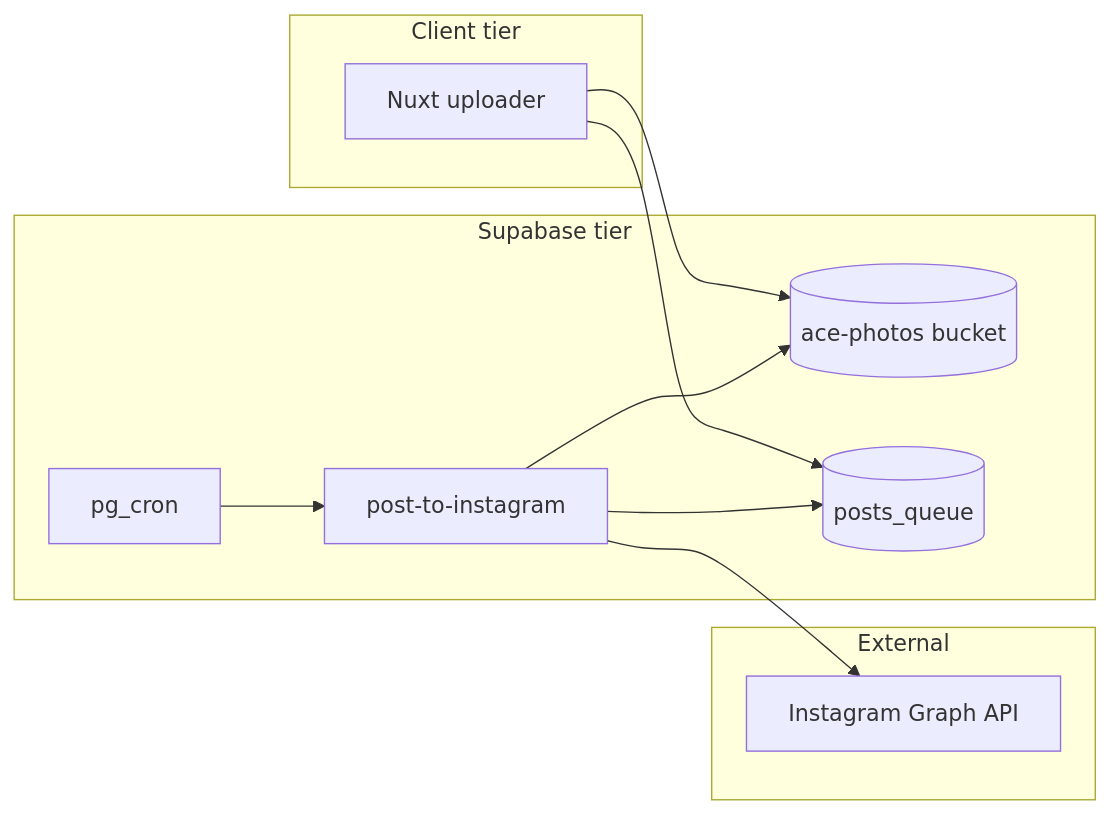
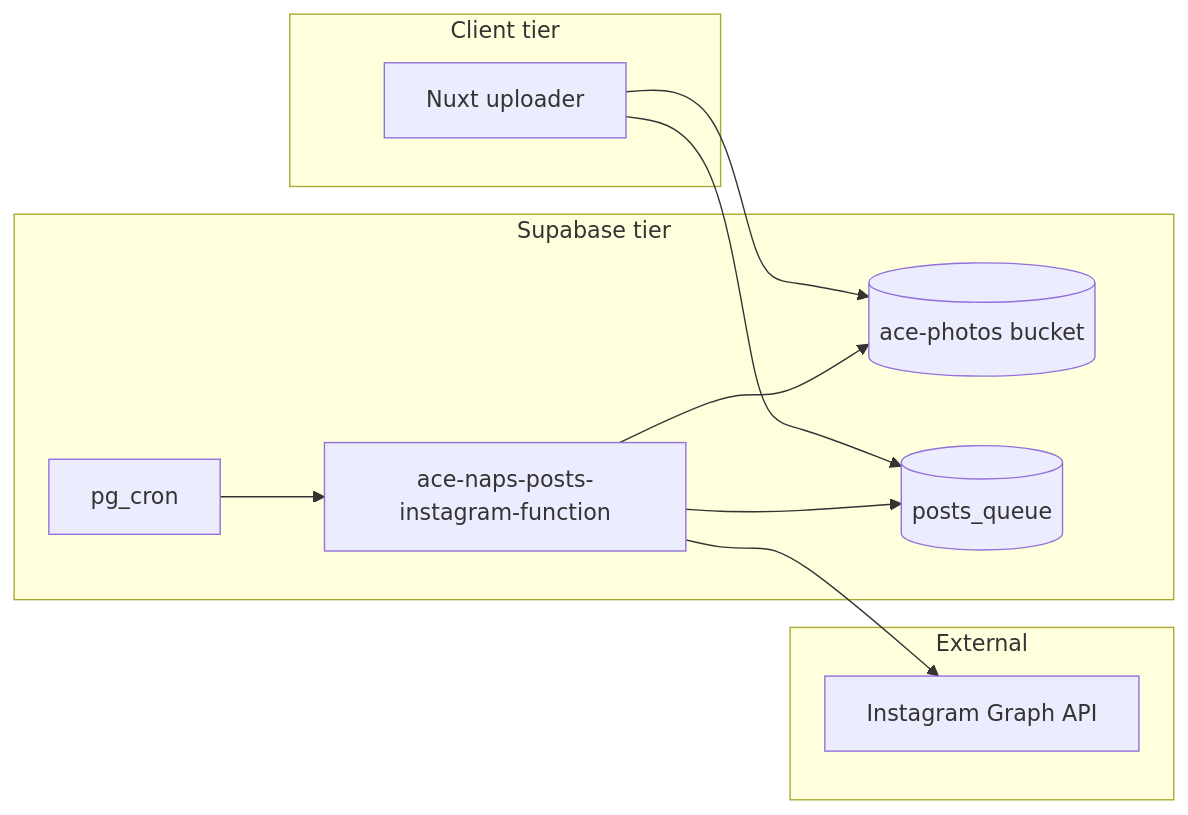
One commit to kevinlogan94/ace-naps-posts changed the first of 2 diagrams in _bmad-output/planning-artifacts/architecture/architecture-ace-naps-posts-2026-07-03/ARCHITECTURE-SPINE.md. Above: the diagram before and after it, drawn with Mermaid. The commit also changed other lines of this file and 8 other files, not shown here.

````diff
--- a/_bmad-output/planning-artifacts/architecture/architecture-ace-naps-posts-2026-07-03/ARCHITECTURE-SPINE.md
+++ b/_bmad-output/planning-artifacts/architecture/architecture-ace-naps-posts-2026-07-03/ARCHITECTURE-SPINE.md
@@ -24,21 +24,21 @@
 ```mermaid
 flowchart LR
   subgraph client [Client tier]
     Nuxt[Nuxt uploader]
   end
   subgraph supabase [Supabase tier]
     Storage[(ace-photos bucket)]
     Queue[(posts_queue)]
     Cron[pg_cron]
-    EF[post-to-instagram]
+    EF[ace-naps-posts-instagram-function]
   end
   subgraph external [External]
     IG[Instagram Graph API]
   end
   Nuxt --> Storage
   Nuxt --> Queue
   Cron --> EF
   EF --> Queue
   EF --> Storage
   EF --> IG
 ```
````
